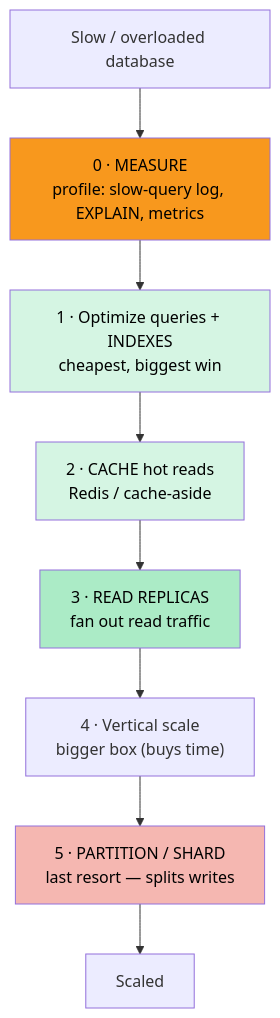
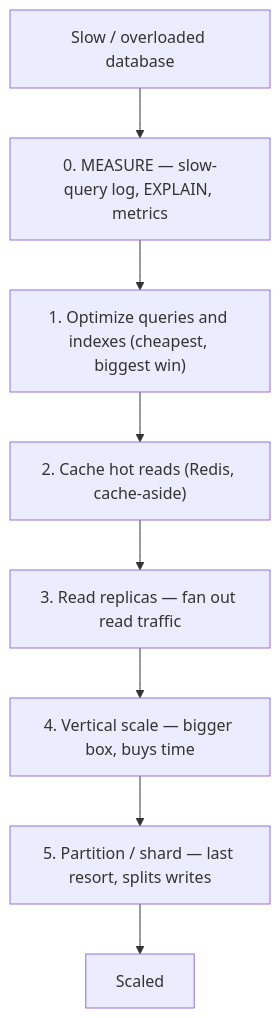
Before and after one commit to mohammad-mriesh-job/cortex: the first of 3 diagrams in src/modules/database/content/09-scaling/06-scaling-playbook.md, drawn with Mermaid. The commit also changed other lines of this file and 257 other files, not shown here.

````diff
--- a/src/modules/database/content/09-scaling/06-scaling-playbook.md
+++ b/src/modules/database/content/09-scaling/06-scaling-playbook.md
@@ -17,15 +17,10 @@
 ```mermaid
 flowchart TD
-    S["Slow / overloaded database"] --> R0
-    R0["0 · MEASURE<br/>profile: slow-query log, EXPLAIN, metrics"] --> R1
-    R1["1 · Optimize queries + INDEXES<br/>cheapest, biggest win"] --> R2
-    R2["2 · CACHE hot reads<br/>Redis / cache-aside"] --> R3
-    R3["3 · READ REPLICAS<br/>fan out read traffic"] --> R4
-    R4["4 · Vertical scale<br/>bigger box (buys time)"] --> R5
-    R5["5 · PARTITION / SHARD<br/>last resort — splits writes"] --> Done["Scaled"]
-    style R1 fill:#d5f5e3,color:#000
-    style R2 fill:#d5f5e3,color:#000
-    style R3 fill:#abebc6,color:#000
-    style R5 fill:#f5b7b1,color:#000
-    style R0 fill:#f8981d,color:#000
+    S["Slow / overloaded database"] --> R0["0. MEASURE — slow-query log, EXPLAIN, metrics"]
+    R0 --> R1["1. Optimize queries and indexes (cheapest, biggest win)"]
+    R1 --> R2["2. Cache hot reads (Redis, cache-aside)"]
+    R2 --> R3["3. Read replicas — fan out read traffic"]
+    R3 --> R4["4. Vertical scale — bigger box, buys time"]
+    R4 --> R5["5. Partition / shard — last resort, splits writes"]
+    R5 --> Done["Scaled"]
 ```
````
